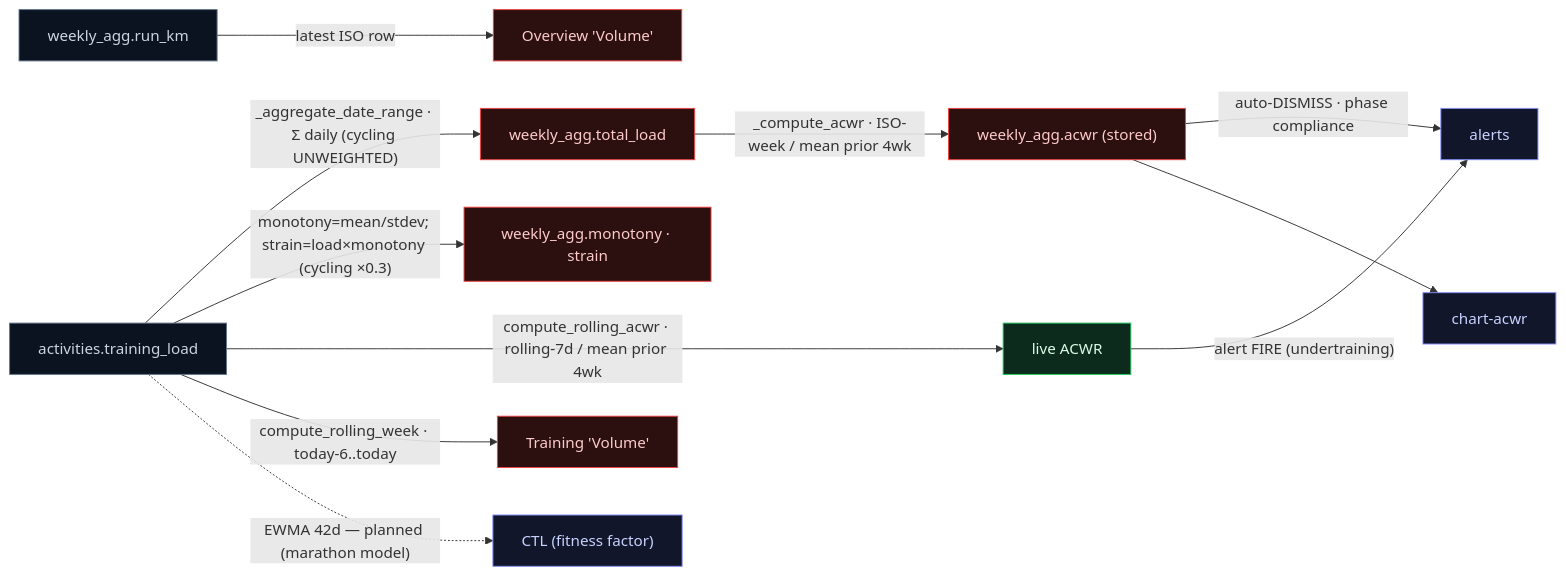
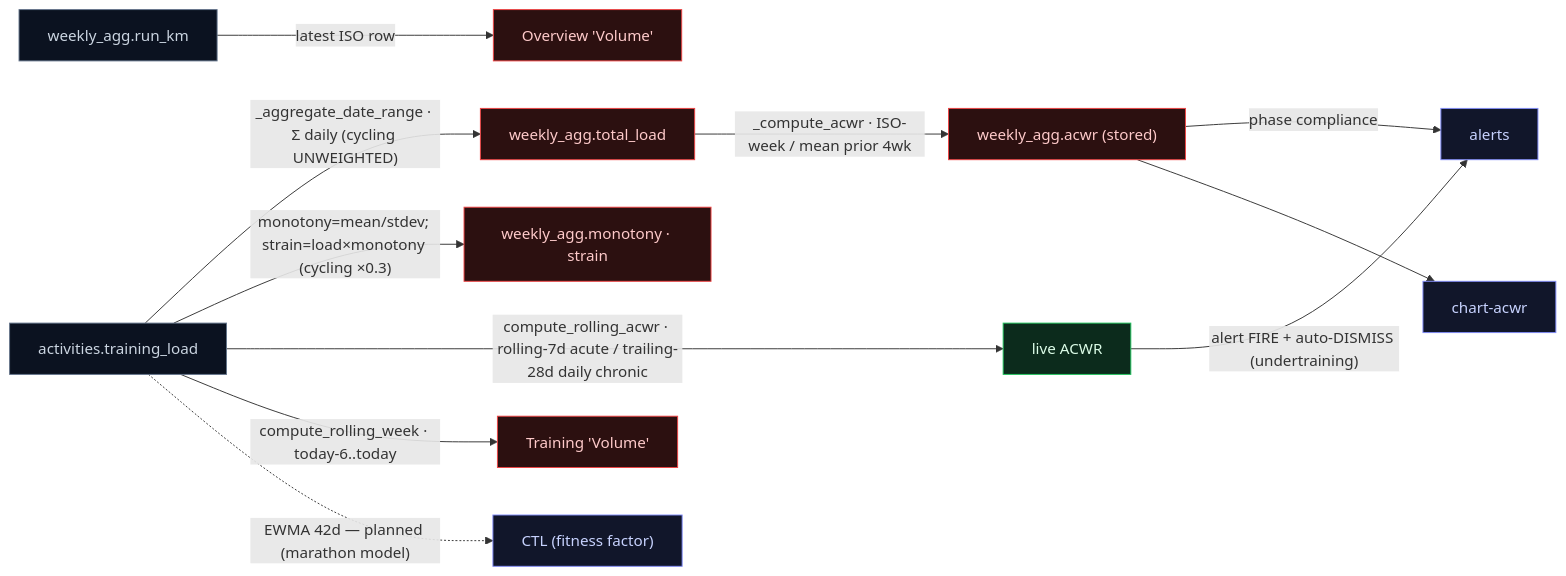
Before and after one commit to BigCrunsh/fit: the third of 6 diagrams in DATA_LINEAGE.md, drawn with Mermaid. The commit also changed other lines of this file and 3 other files, not shown here.

````diff
--- a/DATA_LINEAGE.md
+++ b/DATA_LINEAGE.md
@@ -133,19 +133,19 @@
 ```mermaid
 flowchart LR
   classDef src fill:#0b1220,stroke:#64748b,color:#cbd5e1
   classDef fn fill:#0c2b1c,stroke:#22c55e,color:#dcfce7
   classDef dup fill:#2c1010,stroke:#ef4444,color:#fecaca
   classDef out fill:#11162a,stroke:#818cf8,color:#c7d2fe
   TL["activities.training_load"]:::src
   TL -->|"_aggregate_date_range · Σ daily (cycling UNWEIGHTED)"| TOT["weekly_agg.total_load"]:::dup
   TL -->|"monotony=mean/stdev; strain=load×monotony (cycling ×0.3)"| STR["weekly_agg.monotony · strain"]:::dup
   TOT -->|"_compute_acwr · ISO-week / mean prior 4wk"| ACS["weekly_agg.acwr (stored)"]:::dup
-  TL -->|"compute_rolling_acwr · rolling-7d / mean prior 4wk"| ACL["live ACWR"]:::fn
-  ACL -->|"alert FIRE (undertraining)"| ALR["alerts"]:::out
-  ACS -->|"auto-DISMISS · phase compliance"| ALR
+  TL -->|"compute_rolling_acwr · rolling-7d acute / trailing-28d daily chronic"| ACL["live ACWR"]:::fn
+  ACL -->|"alert FIRE + auto-DISMISS (undertraining)"| ALR["alerts"]:::out
+  ACS -->|"phase compliance"| ALR
   ACS --> CHA["chart-acwr"]:::out
   RK["weekly_agg.run_km"]:::src
   RK -->|"latest ISO row"| OV["Overview 'Volume'"]:::dup
   TL -->|"compute_rolling_week · today-6..today"| TV["Training 'Volume'"]:::dup
   TL -.->|"EWMA 42d — planned (marathon model)"| CTL["CTL (fitness factor)"]:::out
 ```
````
